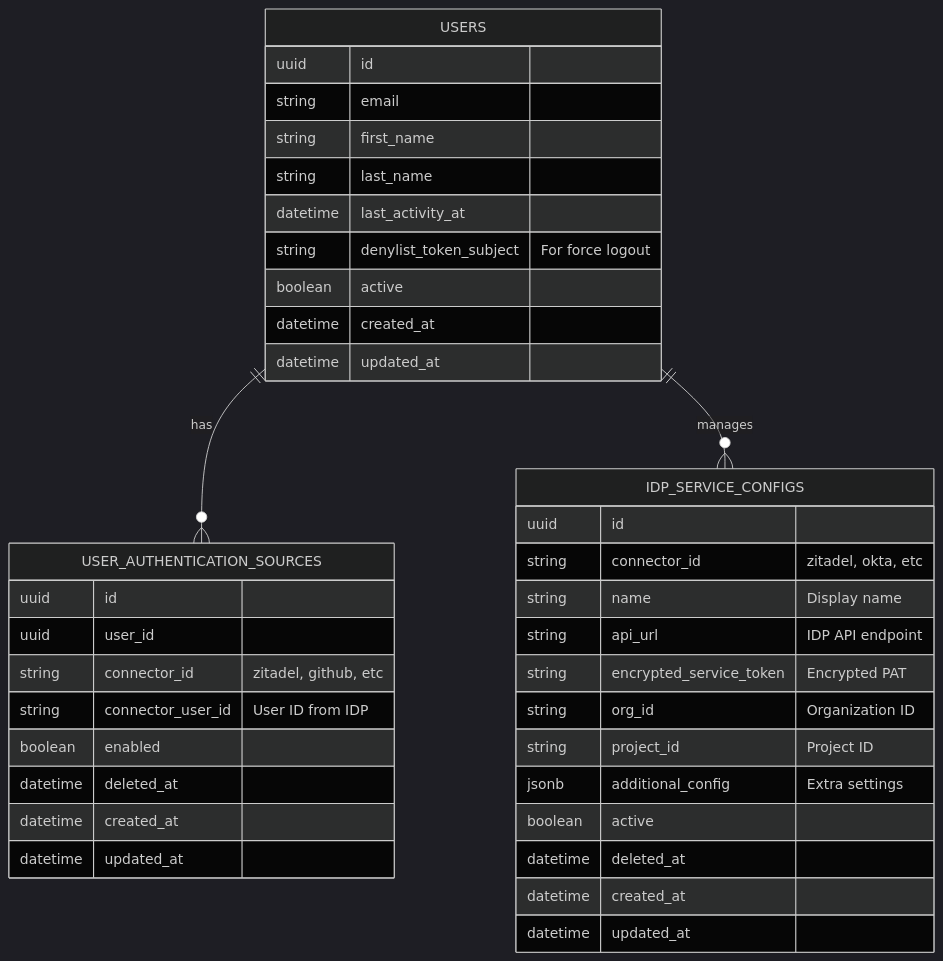
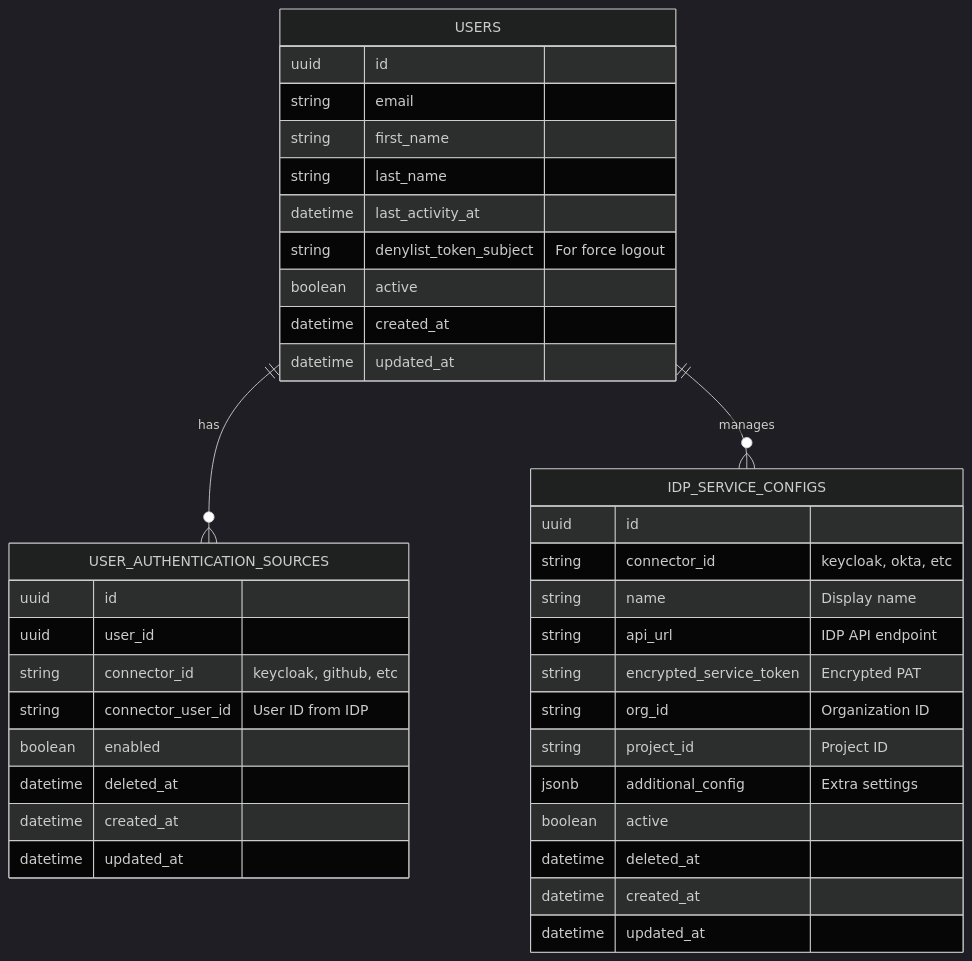
The fourth of 8 diagrams in docs/architecture/authentication-diagrams.md (greenriver/hmis-warehouse), drawn with Mermaid (dark theme) before and after one commit. The commit also changed other lines of this file and 7 other files, not shown here.

````diff
--- a/docs/architecture/authentication-diagrams.md
+++ b/docs/architecture/authentication-diagrams.md
@@ -152,43 +152,43 @@
 ```mermaid
 erDiagram
     USERS ||--o{ USER_AUTHENTICATION_SOURCES : has
     USERS ||--o{ IDP_SERVICE_CONFIGS : manages
 
     USERS {
         uuid id
         string email
         string first_name
         string last_name
         datetime last_activity_at
         string denylist_token_subject "For force logout"
         boolean active
         datetime created_at
         datetime updated_at
     }
 
     USER_AUTHENTICATION_SOURCES {
         uuid id
         uuid user_id
-        string connector_id "zitadel, github, etc"
+        string connector_id "keycloak, github, etc"
         string connector_user_id "User ID from IDP"
         boolean enabled
         datetime deleted_at
         datetime created_at
         datetime updated_at
     }
 
     IDP_SERVICE_CONFIGS {
         uuid id
-        string connector_id "zitadel, okta, etc"
+        string connector_id "keycloak, okta, etc"
         string name "Display name"
         string api_url "IDP API endpoint"
         string encrypted_service_token "Encrypted PAT"
         string org_id "Organization ID"
         string project_id "Project ID"
         jsonb additional_config "Extra settings"
         boolean active
         datetime deleted_at
         datetime created_at
         datetime updated_at
     }
 ```
````
